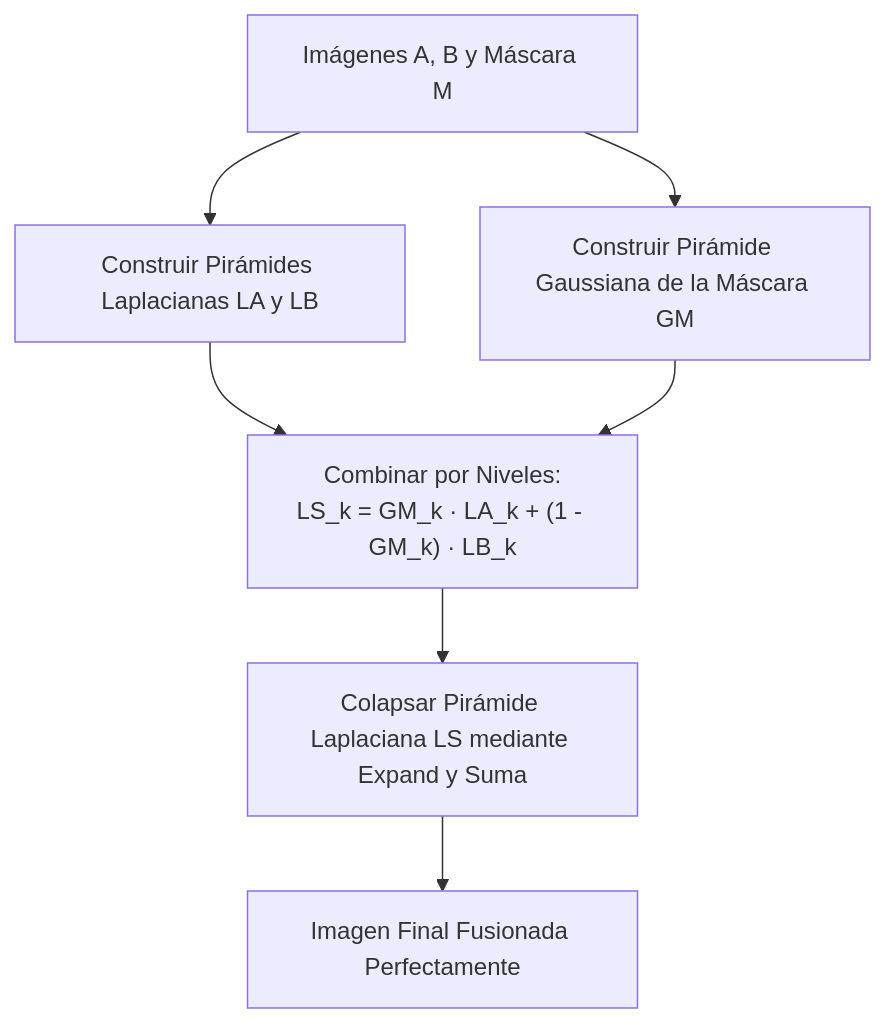
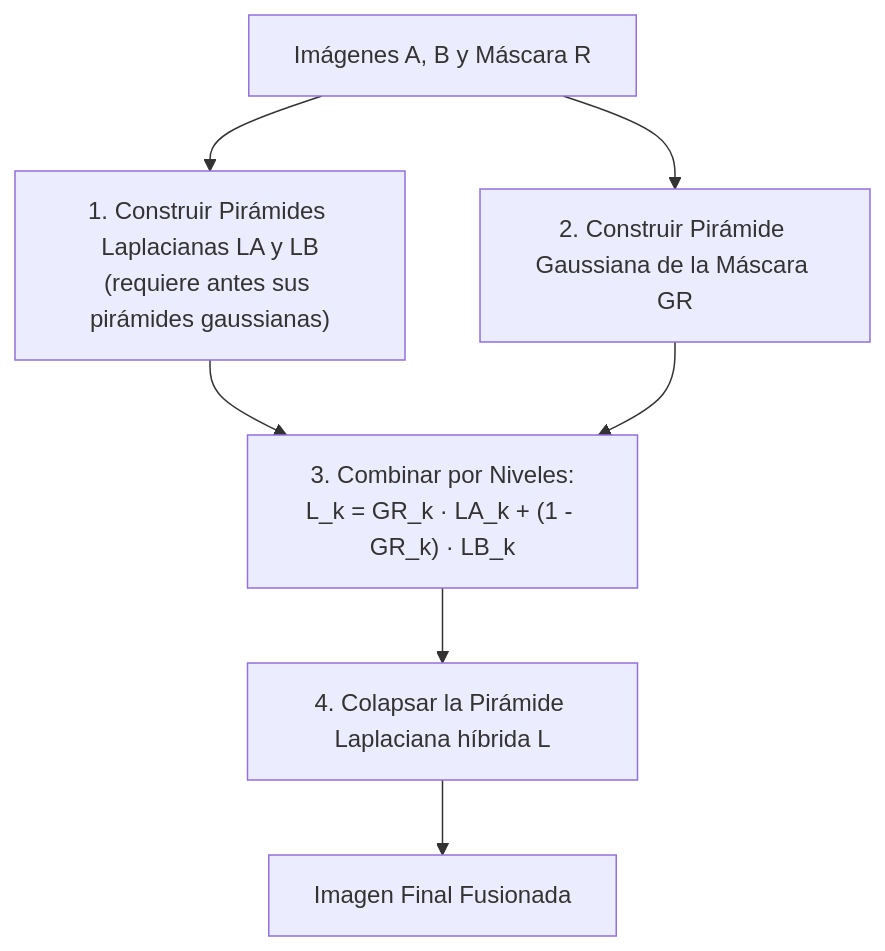
One commit to DanielChicoUGR/VC_APUNTES changed the fourth of 5 diagrams in Tema 2/4. Piramides y Escala.md. Above: the diagram before and after it, drawn with Mermaid. The commit also changed other lines of this file and 10 other files, not shown here.

````diff
--- a/Tema 2/4. Piramides y Escala.md
+++ b/Tema 2/4. Piramides y Escala.md
@@ -136,9 +221,9 @@
 ```mermaid
 flowchart TD
-    A["Imágenes A, B y Máscara M"] --> LA["Construir Pirámides Laplacianas LA y LB"]
-    A --> GM["Construir Pirámide Gaussiana de la Máscara GM"]
-    LA --> Blend["Combinar por Niveles:<br>LS_k = GM_k · LA_k + (1 - GM_k) · LB_k"]
-    GM --> Blend
-    Blend --> Recon["Colapsar Pirámide Laplaciana LS mediante Expand y Suma"]
-    Recon --> Res["Imagen Final Fusionada Perfectamente"]
+    A["Imágenes A, B y Máscara R"] --> LA["1. Construir Pirámides Laplacianas LA y LB<br>(requiere antes sus pirámides gaussianas)"]
+    A --> GR["2. Construir Pirámide Gaussiana de la Máscara GR"]
+    LA --> Blend["3. Combinar por Niveles:<br>L_k = GR_k · LA_k + (1 - GR_k) · LB_k"]
+    GR --> Blend
+    Blend --> Recon["4. Colapsar la Pirámide Laplaciana híbrida L"]
+    Recon --> Res["Imagen Final Fusionada"]
 ```
````
